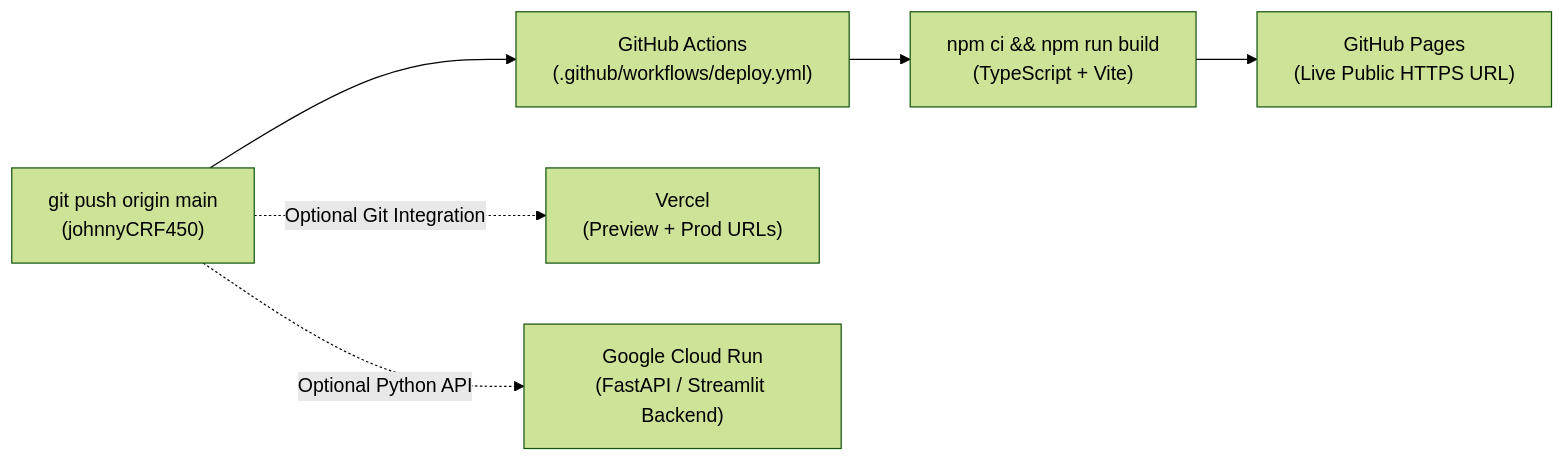
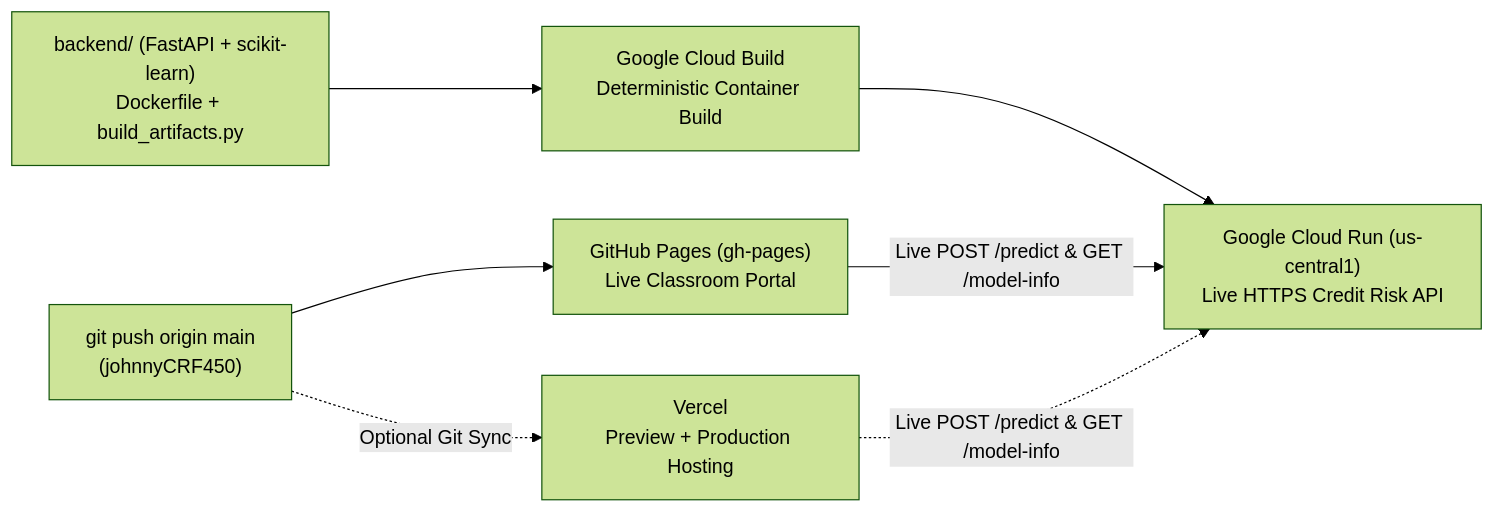
Before and after one commit to johnnyCRF450/antigravity-model-dev-academy: the fourth of 4 diagrams in docs/ARCHITECTURE.md, drawn with Mermaid (forest theme). The commit also changed other lines of this file and 23 other files, not shown here.

Commit message:
Add Credit Risk Scorecard lab, pytest suite, Model Card, and live GCP Cloud Run API integration

````diff
--- a/docs/ARCHITECTURE.md
+++ b/docs/ARCHITECTURE.md
@@ -113,8 +113,9 @@
 ```mermaid
 flowchart LR
-    DEV["git push origin main\n(johnnyCRF450)"] --> GHA["GitHub Actions\n(.github/workflows/deploy.yml)"]
-    GHA --> BUILD["npm ci && npm run build\n(TypeScript + Vite)"]
-    BUILD --> GHP["GitHub Pages\n(Live Public HTTPS URL)"]
-    DEV -. "Optional Git Integration" .-> VCL["Vercel\n(Preview + Prod URLs)"]
-    DEV -. "Optional Python API" .-> GCR["Google Cloud Run\n(FastAPI / Streamlit Backend)"]
+    DEV["git push origin main\n(johnnyCRF450)"] --> GHP["GitHub Pages (gh-pages)\nLive Classroom Portal"]
+    DEV -. "Optional Git Sync" .-> VCL["Vercel\nPreview + Production Hosting"]
+    BACKEND["backend/ (FastAPI + scikit-learn)\nDockerfile + build_artifacts.py"] --> CB["Google Cloud Build\nDeterministic Container Build"]
+    CB --> GCR["Google Cloud Run (us-central1)\nLive HTTPS Credit Risk API"]
+    GHP -- "Live POST /predict & GET /model-info" --> GCR
+    VCL -. "Live POST /predict & GET /model-info" .-> GCR
 ```
````
